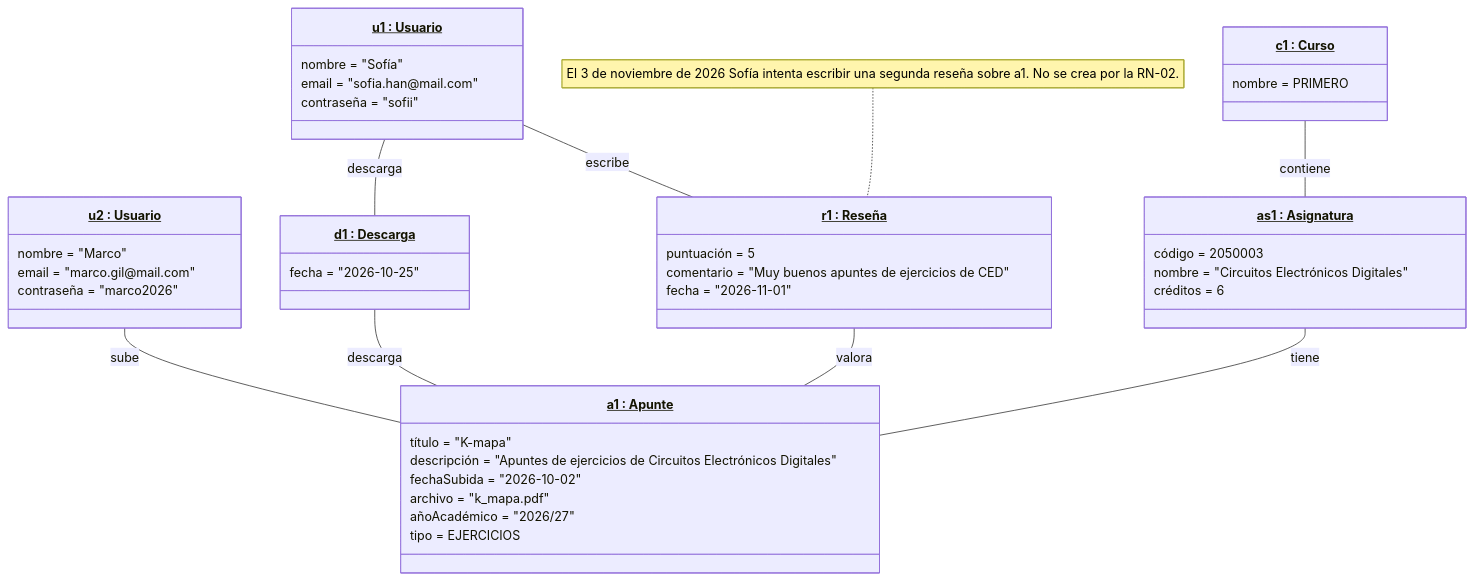
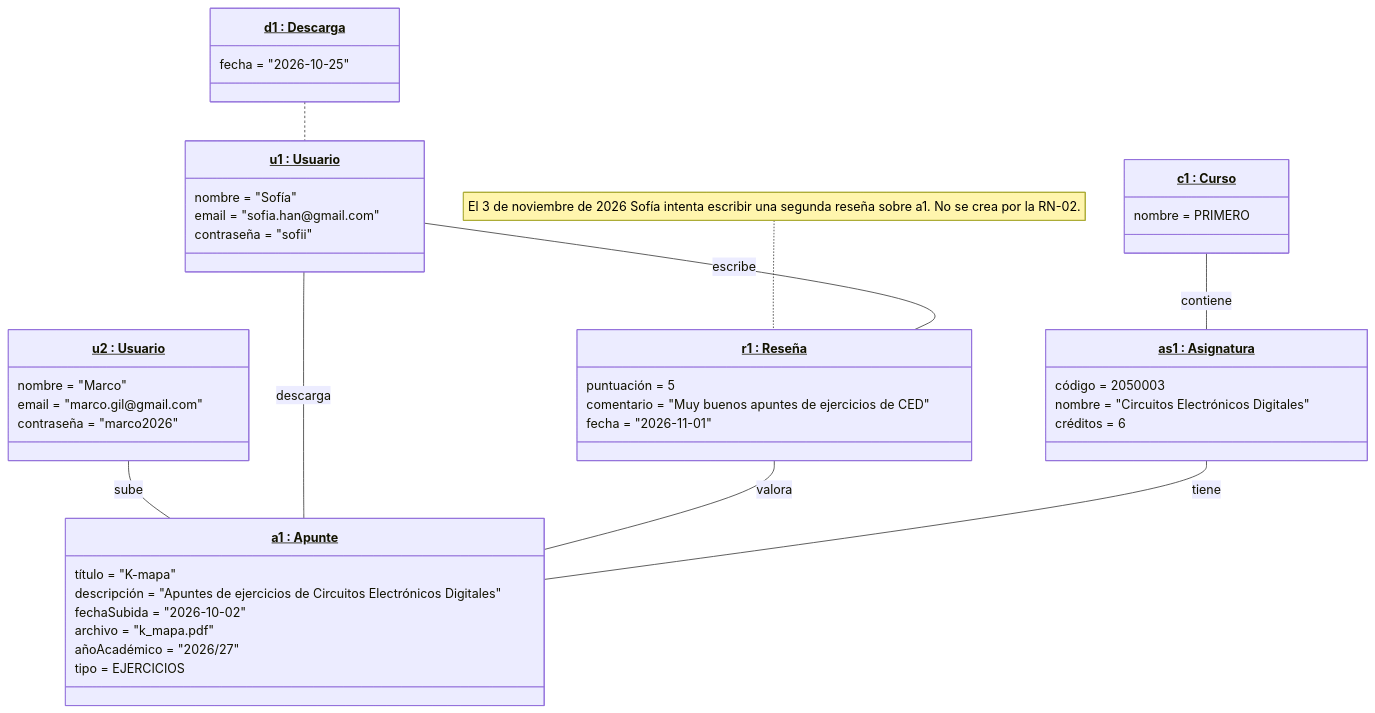
Before and after one commit to JaavierBC/proyecto-curso-iissi1-2026-GWQ0807: the second of 2 diagrams in README.md, drawn with Mermaid. The commit also changed other lines of this file, not shown here.

Commit message:
Actualizar EP-02

````diff
--- a/README.md
+++ b/README.md
@@ -393,48 +393,48 @@
 ```mermaid
 classDiagram
     direction TB
     class u2["<u>u2 : Usuario</u>"]{
         nombre = "Marco"
-        email = "marco.gil@mail.com"
+        email = "marco.gil@gmail.com"
         contraseña = "marco2026"
     }
     class u1["<u>u1 : Usuario</u>"]{
         nombre = "Sofía"
-        email = "sofia.han@mail.com"
+        email = "sofia.han@gmail.com"
         contraseña = "sofii"
     }
     class a1["<u>a1 : Apunte</u>"]{
         título = "K-mapa"
         descripción = "Apuntes de ejercicios de Circuitos Electrónicos Digitales"
         fechaSubida = "2026-10-02"
         archivo = "k_mapa.pdf"
         añoAcadémico = "2026/27"
         tipo = EJERCICIOS
     }
     class d1["<u>d1 : Descarga</u>"]{
         fecha = "2026-10-25"
     }
     class r1["<u>r1 : Reseña</u>"]{
         puntuación = 5
         comentario = "Muy buenos apuntes de ejercicios de CED"
         fecha = "2026-11-01"
     }
     class as1["<u>as1 : Asignatura</u>"]{
         código = 2050003
         nombre = "Circuitos Electrónicos Digitales"
         créditos = 6
     }
     class c1["<u>c1 : Curso</u>"]{
         nombre = PRIMERO
     }
 
     u2 -- a1 : sube
-    u1 -- d1 : descarga
-    d1 -- a1 : descarga
+    u1 -- a1 : descarga
+    d1 .. u1
     u1 -- r1 : escribe
     r1 -- a1 : valora
     as1 -- a1 : tiene
     c1 -- as1 : contiene
 
     note for r1 "El 3 de noviembre de 2026 Sofía intenta escribir una segunda reseña sobre a1. No se crea por la RN-02."
 ```
````
